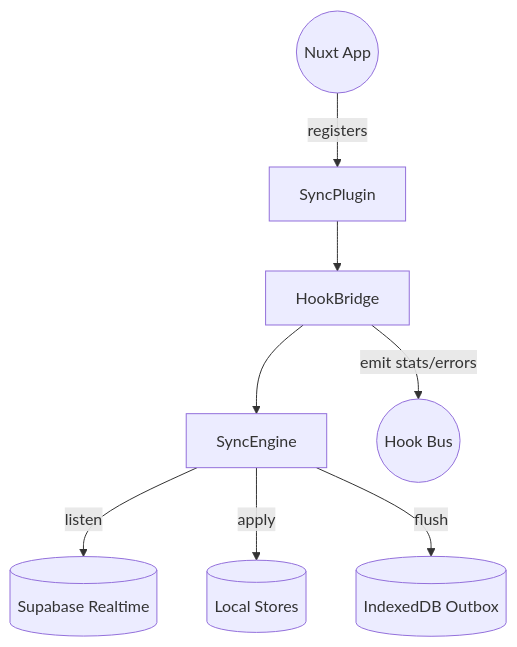
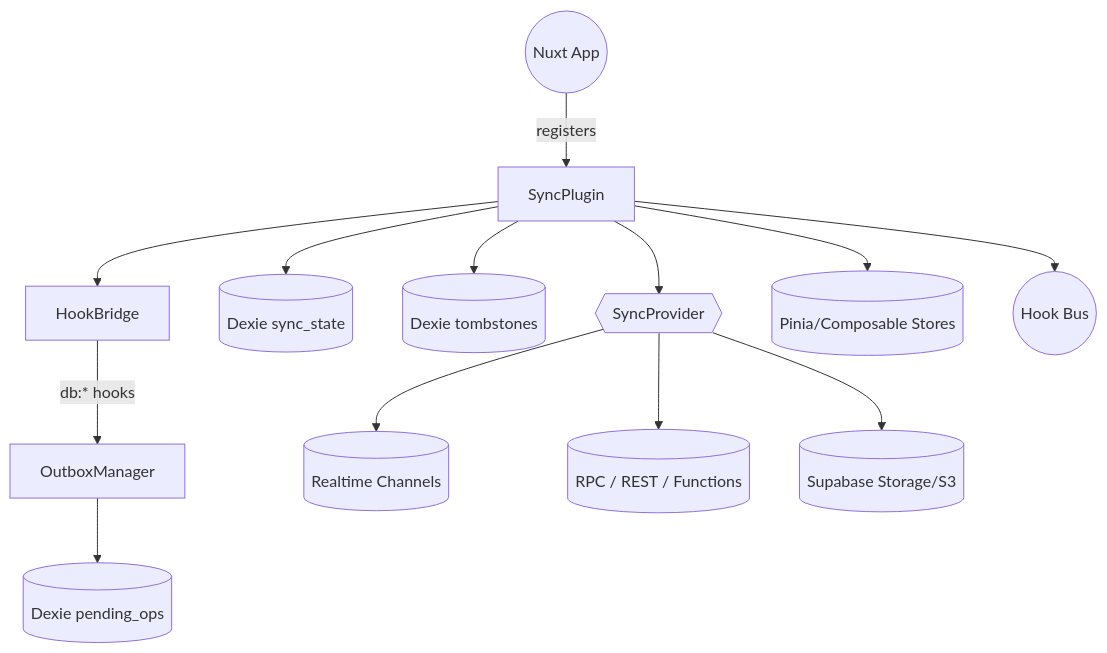
The first of 3 diagrams in planning/supabase-sync/design.md (Saluana/or3-chat), drawn with Mermaid before and after one commit. The commit also changed other lines of this file and 2 other files, not shown here.

First line of the commit message:
Refactor Supabase Sync Engine Documentation and Requirements

````diff
--- a/planning/supabase-sync/design.md
+++ b/planning/supabase-sync/design.md
@@ -21,10 +18,15 @@
 ```mermaid
 graph TD
   NuxtApp((Nuxt App)) -->|registers| SyncPlugin
   SyncPlugin --> HookBridge
-  HookBridge --> SyncEngine
-  SyncEngine -->|listen| SupabaseRealtime[(Supabase Realtime)]
-  SyncEngine -->|apply| LocalStores[(Local Stores)]
-  SyncEngine -->|flush| OutboxQueue[(IndexedDB Outbox)]
-  HookBridge -->|emit stats/errors| HookBus((Hook Bus))
+  HookBridge -->|db:* hooks| OutboxManager
+  OutboxManager --> DexieOutbox[(Dexie pending_ops)]
+  SyncPlugin --> CursorStore[(Dexie sync_state)]
+  SyncPlugin --> Tombstones[(Dexie tombstones)]
+  SyncPlugin --> ProviderProxy{{SyncProvider}}
+  ProviderProxy --> SupabaseRealtime[(Realtime Channels)]
+  ProviderProxy --> SupabaseRPC[(RPC / REST / Functions)]
+  ProviderProxy --> Storage[(Supabase Storage/S3)]
+  SyncPlugin --> LocalStores[(Pinia/Composable Stores)]
+  SyncPlugin --> HookBus((Hook Bus))
 ```
````
